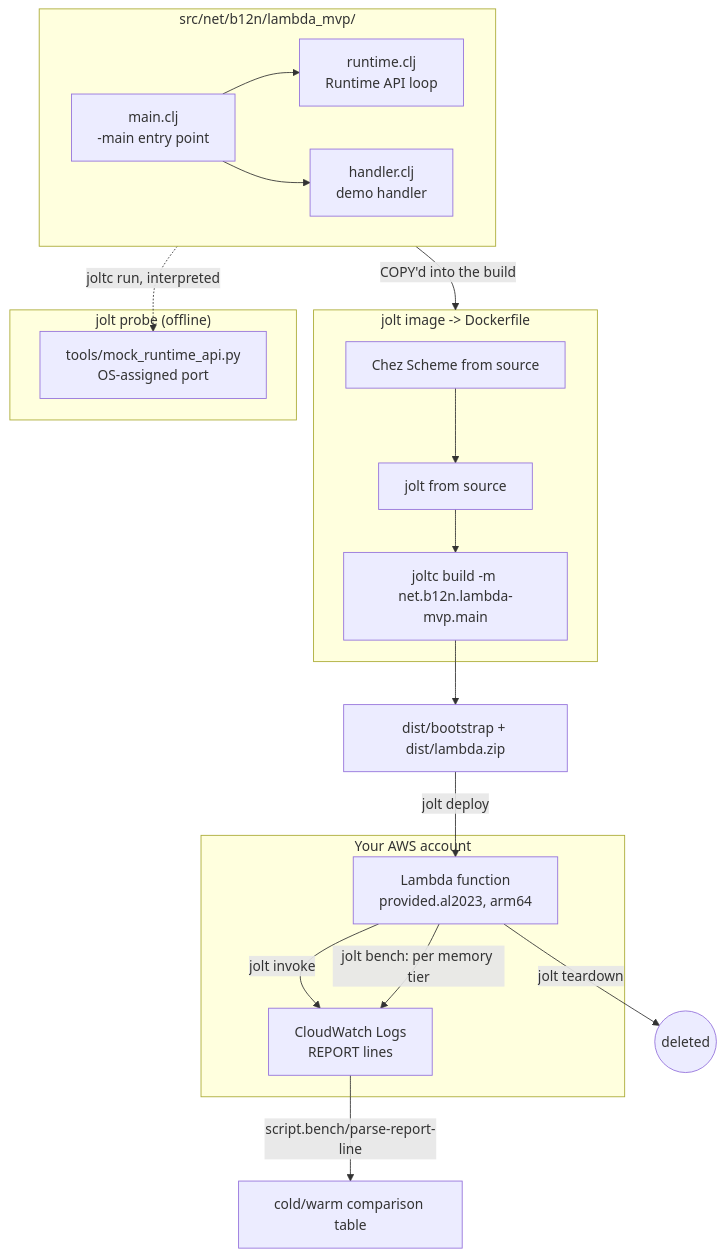
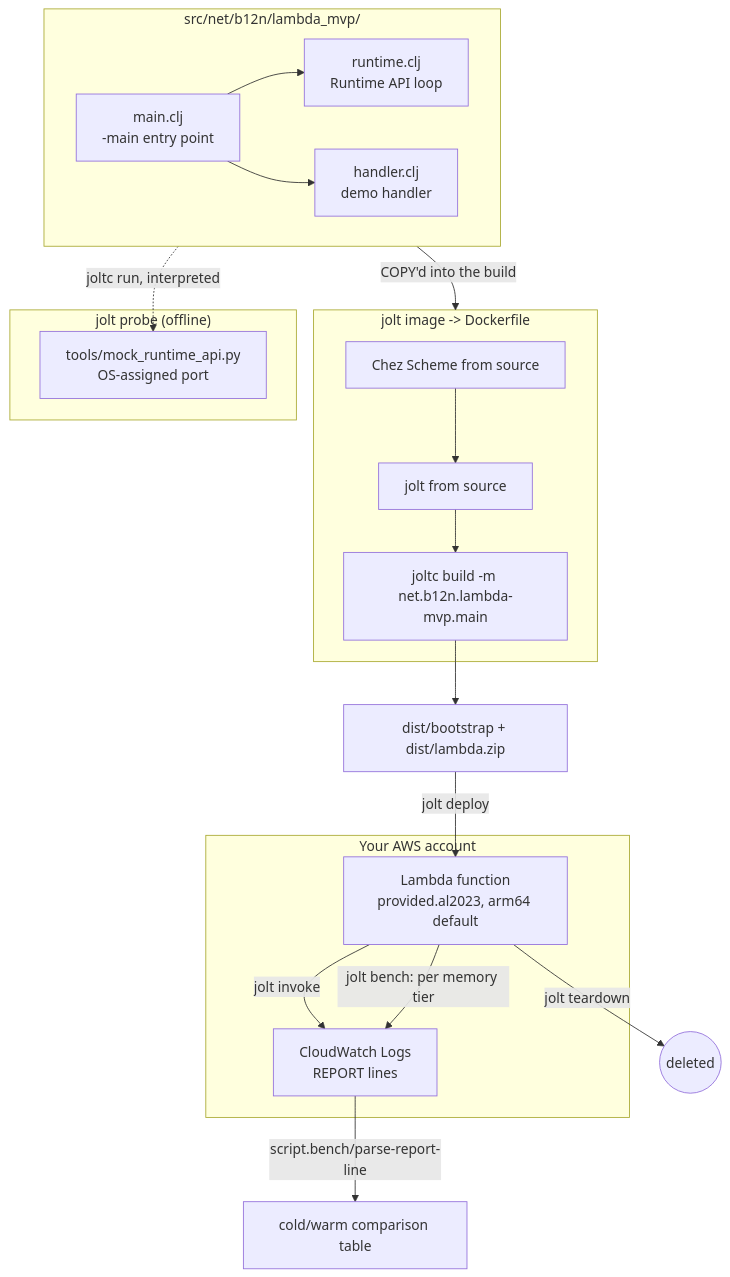
One commit to b12n-oss/lambda-mvp-jlt changed the diagram in docs/guide/architecture.md. Above: the diagram before and after it, drawn with Mermaid. The commit also changed other lines of this file and 3 other files, not shown here.

First line of the commit message:
docs: catch up architecture.md, README, and PR checklist to LAMBDA_ARCH

````diff
--- a/docs/guide/architecture.md
+++ b/docs/guide/architecture.md
@@ -7,35 +7,35 @@
 ```mermaid
 flowchart TD
   subgraph src["src/net/b12n/lambda_mvp/"]
     runtime["runtime.clj<br/>Runtime API loop"]
     handler["handler.clj<br/>demo handler"]
     main["main.clj<br/>-main entry point"]
   end
 
   subgraph build["jolt image -> Dockerfile"]
     chez["Chez Scheme from source"]
     jolt["jolt from source"]
     joltc["joltc build -m net.b12n.lambda-mvp.main"]
   end
 
   subgraph probe["jolt probe (offline)"]
     mock["tools/mock_runtime_api.py<br/>OS-assigned port"]
   end
 
   subgraph aws["Your AWS account"]
-    lambda["Lambda function<br/>provided.al2023, arm64"]
+    lambda["Lambda function<br/>provided.al2023, arm64 default"]
     cw["CloudWatch Logs<br/>REPORT lines"]
   end
 
   main --> runtime
   main --> handler
   src -- "COPY'd into the build" --> build
   chez --> jolt --> joltc --> zip["dist/bootstrap + dist/lambda.zip"]
   src -.->|"joltc run, interpreted"| mock
 
   zip -- "jolt deploy" --> lambda
   lambda -- "jolt invoke" --> cw
   lambda -- "jolt bench: per memory tier" --> cw
   cw -- "script.bench/parse-report-line" --> table["cold/warm comparison table"]
   lambda -- "jolt teardown" --> gone(("deleted"))
 ```
````
